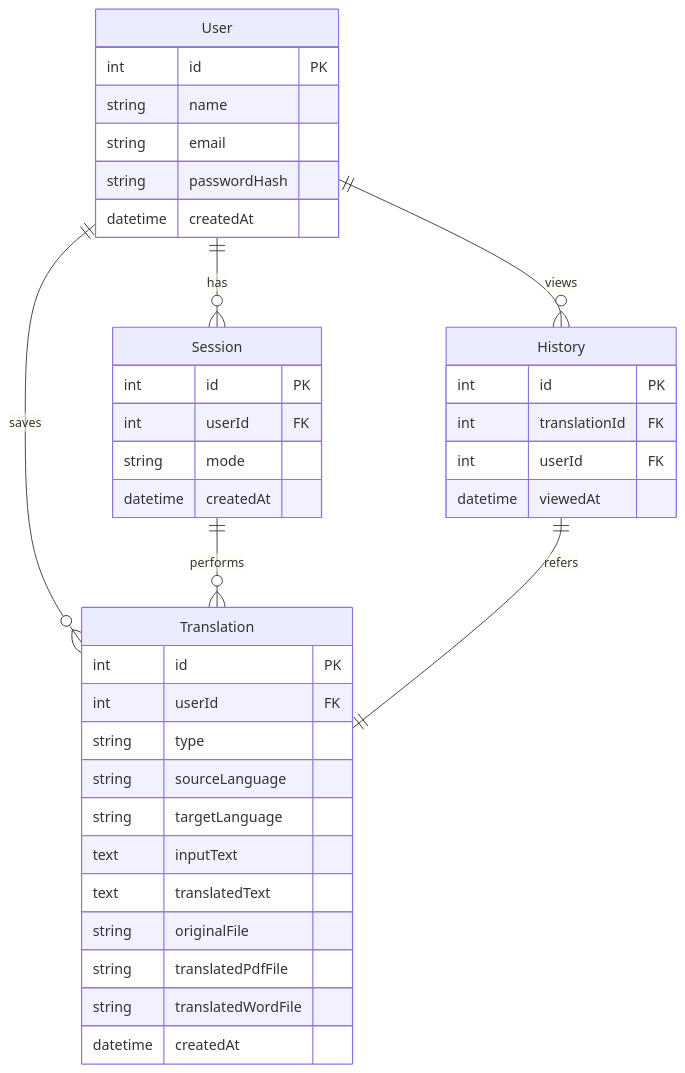
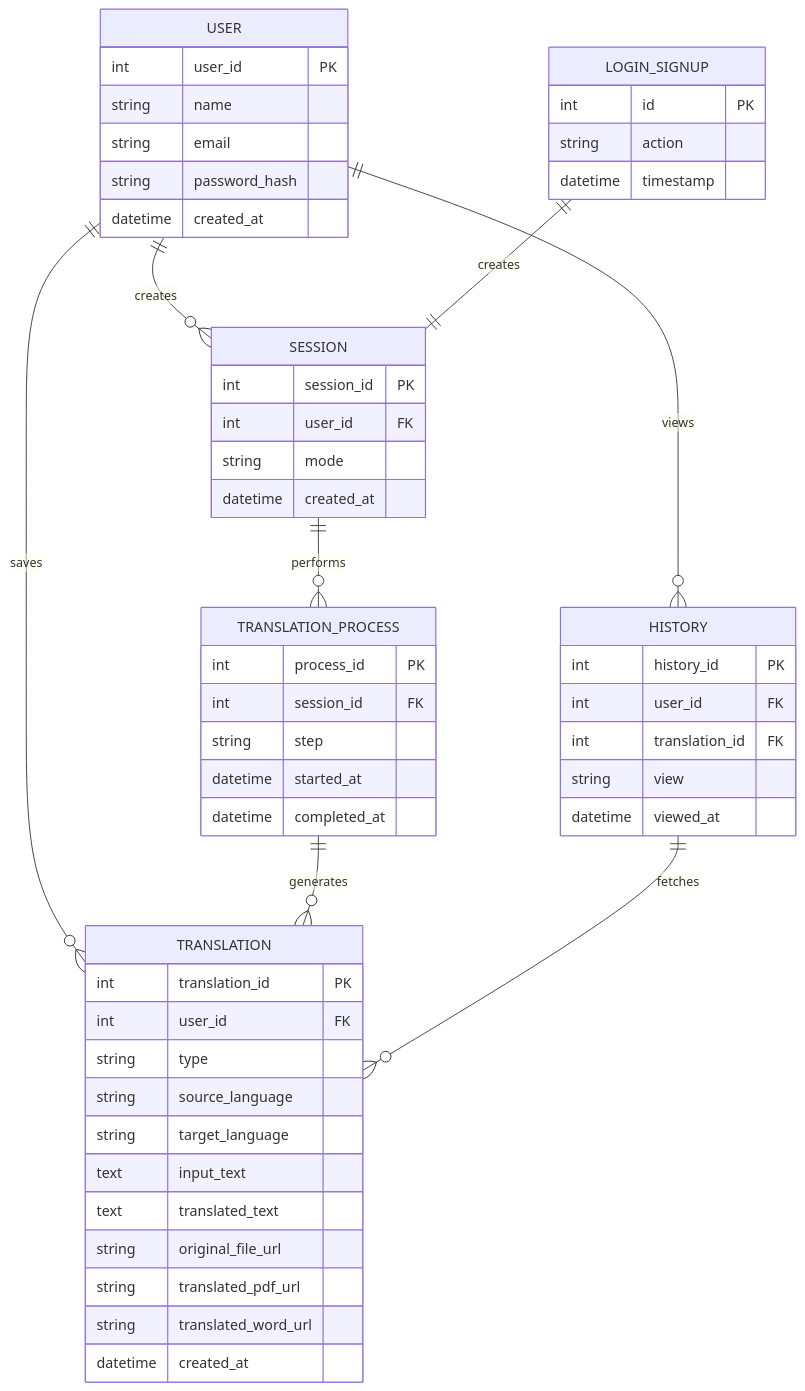
Before and after one commit to Syedkaif29/PdfTransic: the diagram in README.md, drawn with Mermaid.

Commit message:
Refactor database schema in README.md

````diff
--- a/README.md
+++ b/README.md
@@ -157,47 +157,65 @@
 ```mermaid
 erDiagram
 
-    User ||--o{ Session : has
-    User ||--o{ Translation : saves
-    Session ||--o{ Translation : performs
-    User ||--o{ History : views
-    History ||--|| Translation : refers
+    USER ||--o{ SESSION : creates
+    USER ||--o{ TRANSLATION : saves
+    LOGIN_SIGNUP ||--|| SESSION : creates
+    SESSION ||--o{ TRANSLATION_PROCESS : performs
+    TRANSLATION_PROCESS ||--o{ TRANSLATION : generates
+    USER ||--o{ HISTORY : views
+    HISTORY ||--o{ TRANSLATION : fetches
 
-    User {
-        int id PK
+    USER {
+        int user_id PK
         string name
         string email
-        string passwordHash
-        datetime createdAt
+        string password_hash
+        datetime created_at
     }
 
-    Session {
-        int id PK
-        int userId FK
+    SESSION {
+        int session_id PK
+        int user_id FK
         string mode
-        datetime createdAt
+        datetime created_at
     }
 
-    Translation {
-        int id PK
-        int userId FK
+    TRANSLATION {
+        int translation_id PK
+        int user_id FK
         string type
-        string sourceLanguage
-        string targetLanguage
-        text inputText
-        text translatedText
-        string originalFile
-        string translatedPdfFile
-        string translatedWordFile
-        datetime createdAt
+        string source_language
+        string target_language
+        text input_text
+        text translated_text
+        string original_file_url
+        string translated_pdf_url
+        string translated_word_url
+        datetime created_at
     }
 
-    History {
+    LOGIN_SIGNUP {
         int id PK
-        int translationId FK
-        int userId FK
-        datetime viewedAt
+        string action
+        datetime timestamp
+    }
+
+    TRANSLATION_PROCESS {
+        int process_id PK
+        int session_id FK
+        string step
+        datetime started_at
+        datetime completed_at
+    }
+
+    HISTORY {
+        int history_id PK
+        int user_id FK
+        int translation_id FK
+        string view
+        datetime viewed_at
     }
 
 
+
 ```
````
